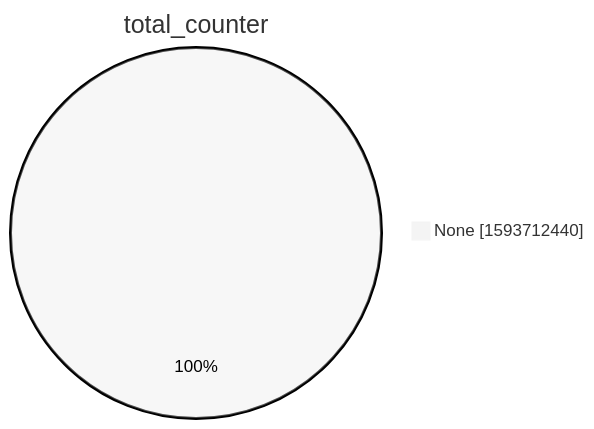
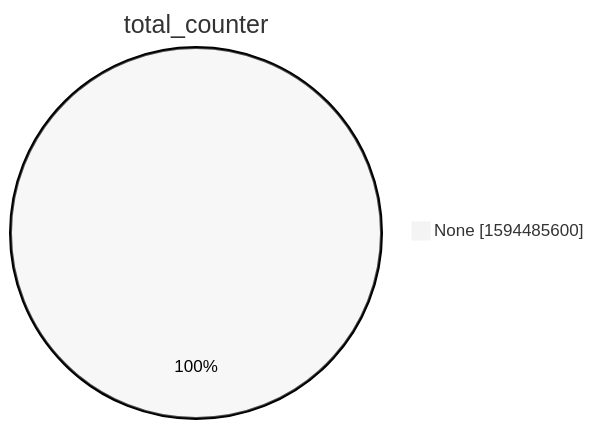
One commit to christiankrug/ctmonitor_visualization changed the second of 15 diagrams in xenon2022/README.md. Above: the diagram before and after it, drawn with Mermaid (neutral theme). The commit also changed other lines of this file, not shown here.

````diff
--- a/xenon2022/README.md
+++ b/xenon2022/README.md
@@ -9,5 +9,5 @@
 ```mermaid
 pie showData
 title total_counter
-"None" :1593712440
+"None" :1594485600
 ```
````
